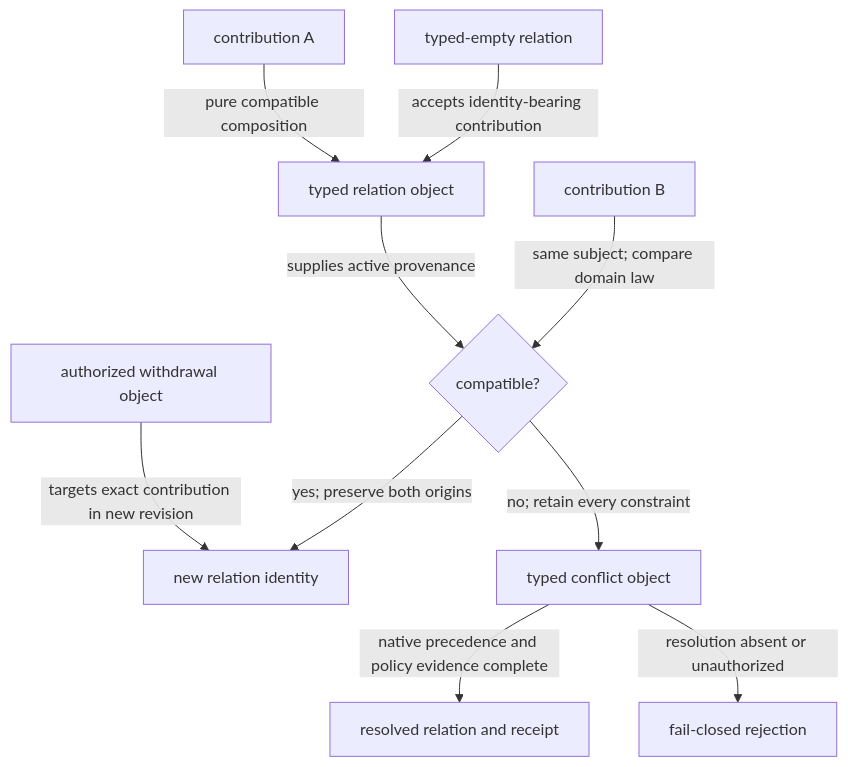
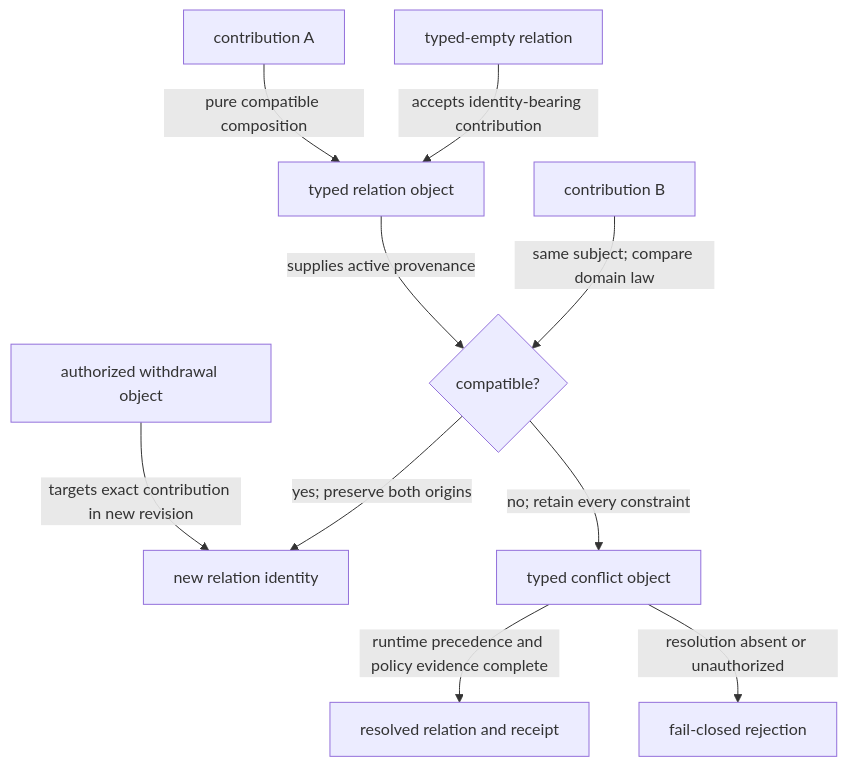
The first of 3 diagrams in module-system/design/45-101-typed-module-relation-contribution-composition-conflict-and-withdrawal-algebra.org (tao3k/gebril-yuanxu), drawn with Mermaid before and after one commit. The commit also changed other lines of this file and 1469 other files, not shown here.

```diff
--- a/module-system/design/45-101-typed-module-relation-contribution-composition-conflict-and-withdrawal-algebra.org
+++ b/module-system/design/45-101-typed-module-relation-contribution-composition-conflict-and-withdrawal-algebra.org
@@ -348,12 +348,12 @@
 #+begin_src mermaid
 flowchart TD
   Empty["typed-empty relation"] -->|"accepts identity-bearing contribution"| Relation["typed relation object"]
   ContributionA["contribution A"] -->|"pure compatible composition"| Relation
   ContributionB["contribution B"] -->|"same subject; compare domain law"| Decision{"compatible?"}
   Relation -->|"supplies active provenance"| Decision
   Decision -->|"yes; preserve both origins"| Next["new relation identity"]
   Decision -->|"no; retain every constraint"| Conflict["typed conflict object"]
-  Conflict -->|"native precedence and policy evidence complete"| Resolved["resolved relation and receipt"]
+  Conflict -->|"runtime precedence and policy evidence complete"| Resolved["resolved relation and receipt"]
   Conflict -->|"resolution absent or unauthorized"| Rejected["fail-closed rejection"]
   Withdrawal["authorized withdrawal object"] -->|"targets exact contribution in new revision"| Next
 #+end_src
```
